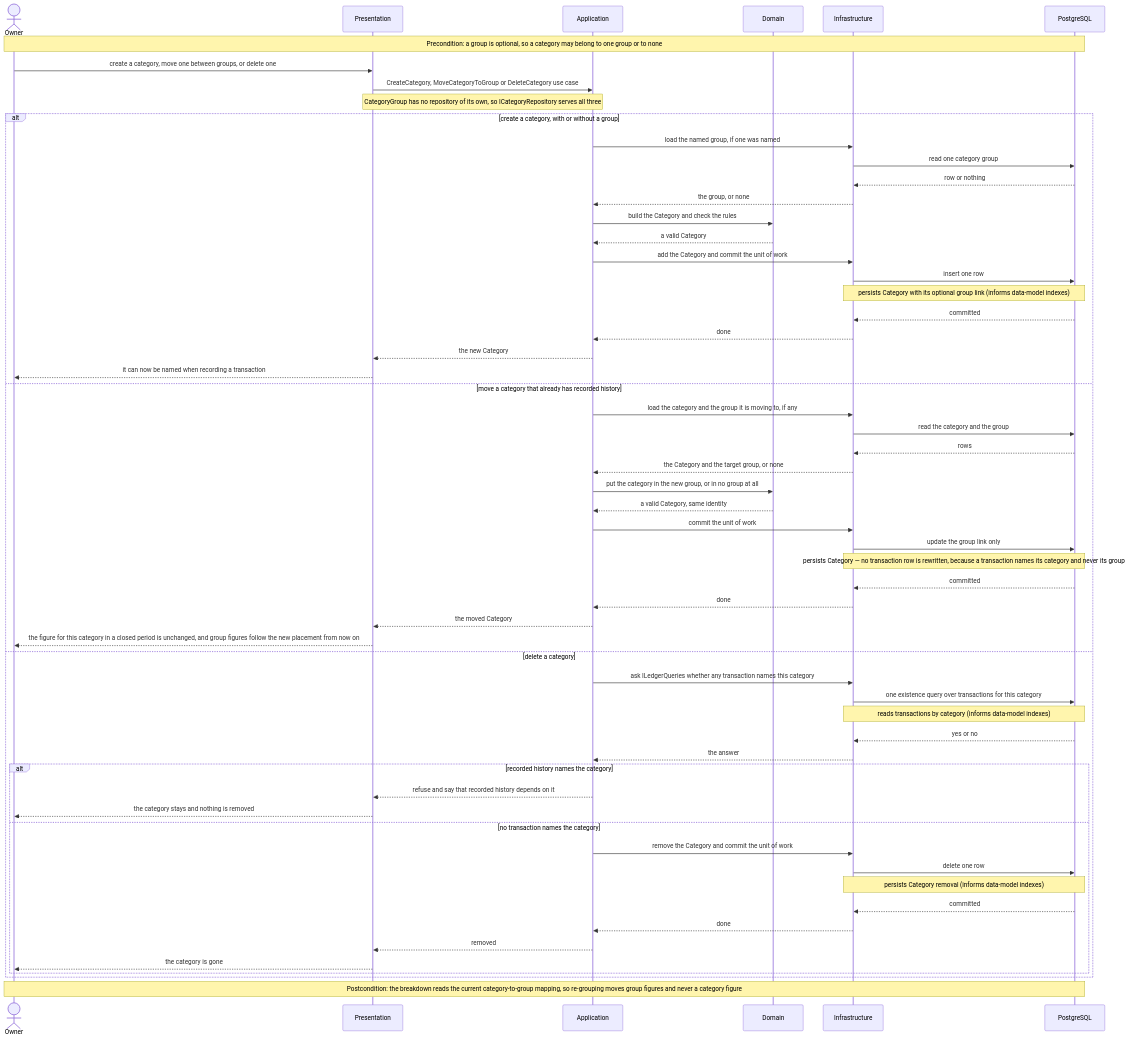
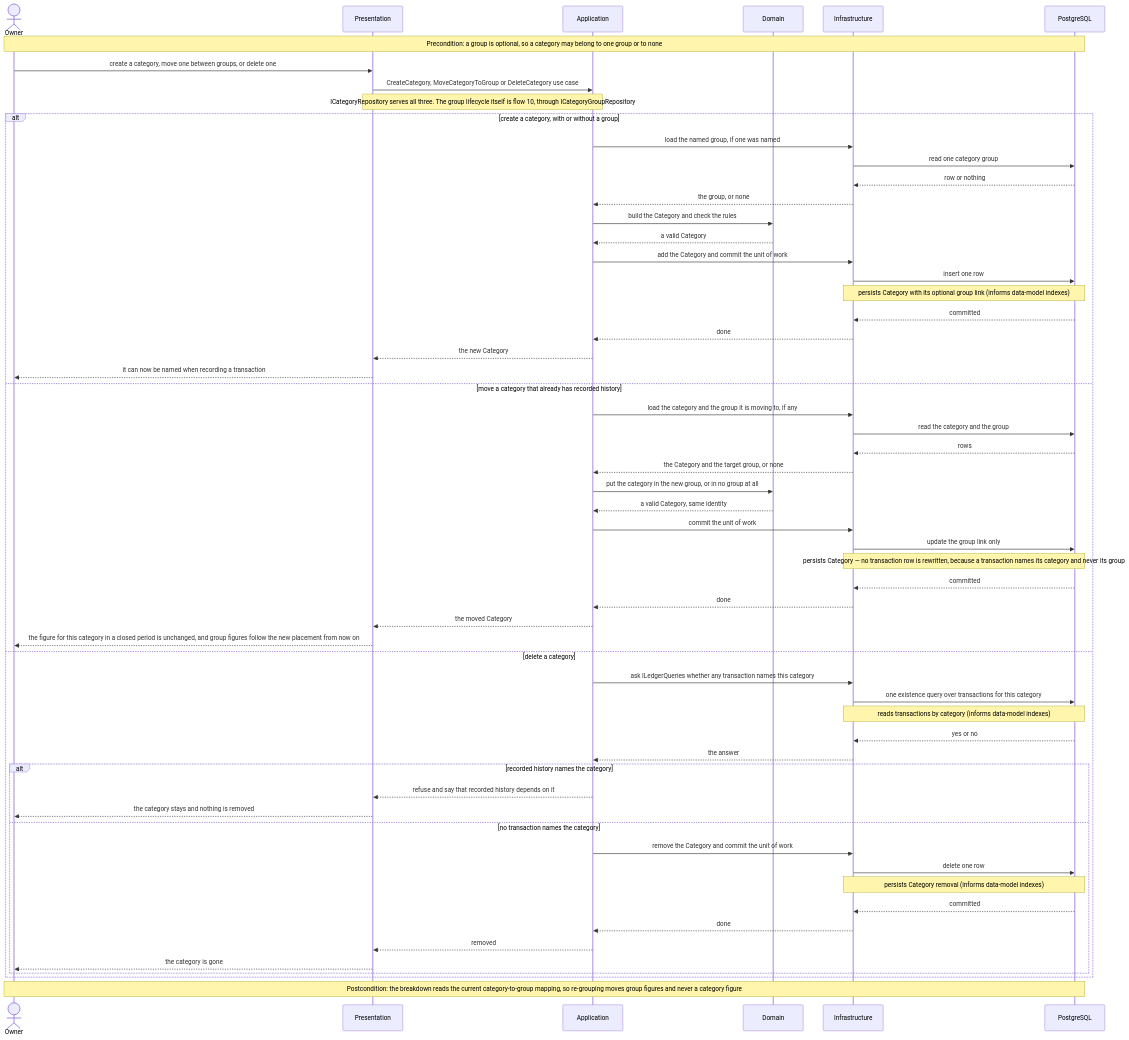
The eighth of 15 diagrams in docs/features/core-ledger/sad.md (andrey-o-sim/FinNavis), drawn with Mermaid before and after one commit. The commit also changed other lines of this file, not shown here.

First line of the commit message:
sequences: core-ledger runtime flows for US-09 and US-10

````diff
--- a/docs/features/core-ledger/sad.md
+++ b/docs/features/core-ledger/sad.md
@@ -563,62 +576,62 @@
 ```mermaid
 sequenceDiagram
     actor Owner
     participant Pres as Presentation
     participant App as Application
     participant Dom as Domain
     participant Inf as Infrastructure
     participant PG as PostgreSQL
 
     Note over Owner,PG: Precondition: a group is optional, so a category may belong to one group or to none
     Owner->>Pres: create a category, move one between groups, or delete one
     Pres->>App: CreateCategory, MoveCategoryToGroup or DeleteCategory use case
-    Note over Pres,App: CategoryGroup has no repository of its own, so ICategoryRepository serves all three
+    Note over Pres,App: ICategoryRepository serves all three. The group lifecycle itself is flow 10, through ICategoryGroupRepository
     alt create a category, with or without a group
         App->>Inf: load the named group, if one was named
         Inf->>PG: read one category group
         PG-->>Inf: row or nothing
         Inf-->>App: the group, or none
         App->>Dom: build the Category and check the rules
         Dom-->>App: a valid Category
         App->>Inf: add the Category and commit the unit of work
         Inf->>PG: insert one row
         Note over Inf,PG: persists Category with its optional group link (informs data-model indexes)
         PG-->>Inf: committed
         Inf-->>App: done
         App-->>Pres: the new Category
         Pres-->>Owner: it can now be named when recording a transaction
     else move a category that already has recorded history
         App->>Inf: load the category and the group it is moving to, if any
         Inf->>PG: read the category and the group
         PG-->>Inf: rows
         Inf-->>App: the Category and the target group, or none
         App->>Dom: put the category in the new group, or in no group at all
         Dom-->>App: a valid Category, same identity
         App->>Inf: commit the unit of work
         Inf->>PG: update the group link only
         Note over Inf,PG: persists Category — no transaction row is rewritten, because a transaction names its category and never its group
         PG-->>Inf: committed
         Inf-->>App: done
         App-->>Pres: the moved Category
         Pres-->>Owner: the figure for this category in a closed period is unchanged, and group figures follow the new placement from now on
     else delete a category
         App->>Inf: ask ILedgerQueries whether any transaction names this category
         Inf->>PG: one existence query over transactions for this category
         Note over Inf,PG: reads transactions by category (informs data-model indexes)
         PG-->>Inf: yes or no
         Inf-->>App: the answer
         alt recorded history names the category
             App-->>Pres: refuse and say that recorded history depends on it
             Pres-->>Owner: the category stays and nothing is removed
         else no transaction names the category
             App->>Inf: remove the Category and commit the unit of work
             Inf->>PG: delete one row
             Note over Inf,PG: persists Category removal (informs data-model indexes)
             PG-->>Inf: committed
             Inf-->>App: done
             App-->>Pres: removed
             Pres-->>Owner: the category is gone
         end
     end
     Note over Owner,PG: Postcondition: the breakdown reads the current category-to-group mapping, so re-grouping moves group figures and never a category figure
 ```
````
